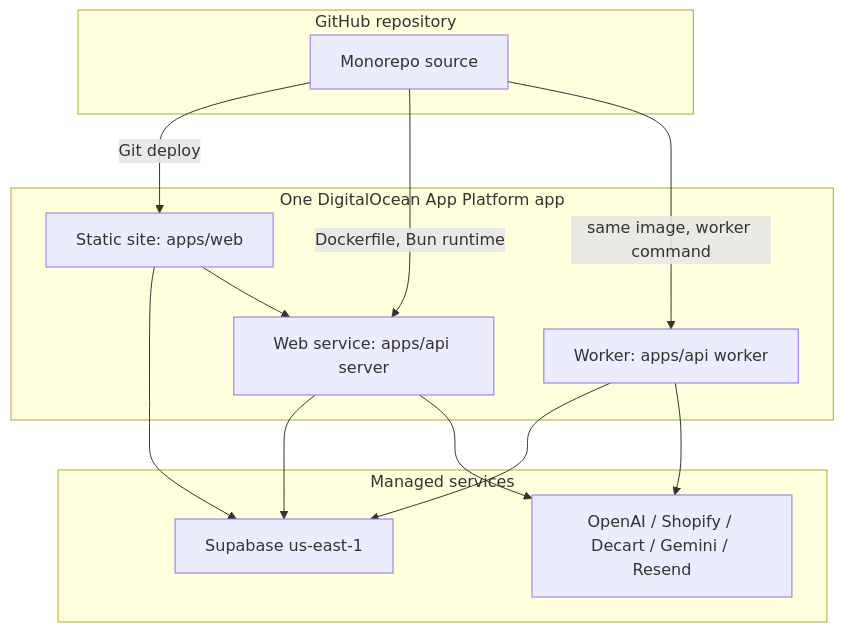
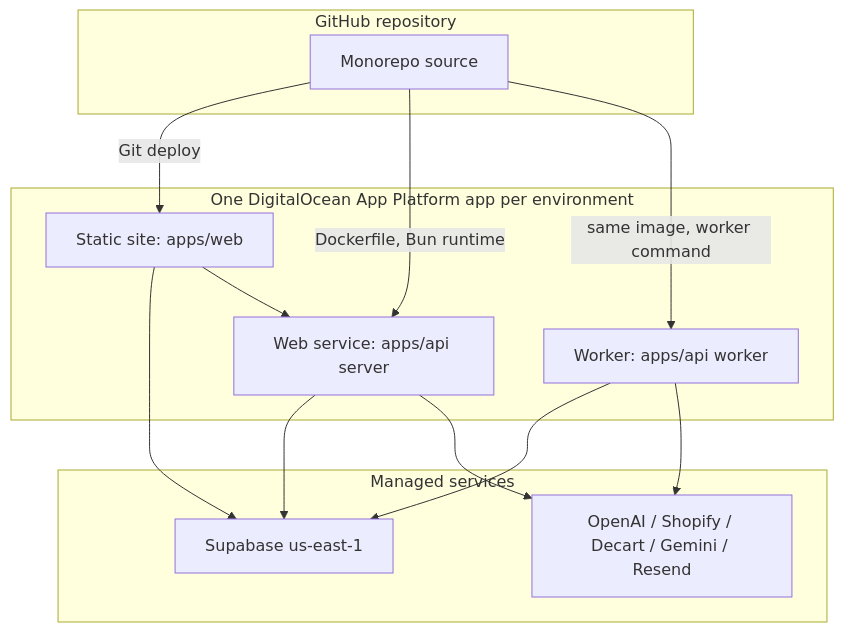
One commit to RobertTk1/Codex-Hackaton changed the second of 2 diagrams in company/artifacts/engineering-plan/architecture/topology.md. Above: the diagram before and after it, drawn with Mermaid. The commit also changed other lines of this file and 67 other files, not shown here.

````diff
--- a/company/artifacts/engineering-plan/architecture/topology.md
+++ b/company/artifacts/engineering-plan/architecture/topology.md
@@ -65,27 +65,27 @@
 ```mermaid
 flowchart TB
   subgraph REPO[GitHub repository]
     SRC[Monorepo source]
   end
 
-  subgraph APP[One DigitalOcean App Platform app]
+  subgraph APP[One DigitalOcean App Platform app per environment]
     STATIC[Static site: apps/web]
     SERVICE[Web service: apps/api server]
     BG[Worker: apps/api worker]
   end
 
   subgraph MANAGED[Managed services]
     SUPA[Supabase us-east-1]
     PROVIDERS[OpenAI / Shopify / Decart / Gemini / Resend]
   end
 
   SRC -->|Git deploy| STATIC
   SRC -->|Dockerfile, Bun runtime| SERVICE
   SRC -->|same image, worker command| BG
   STATIC --> SUPA
   STATIC --> SERVICE
   SERVICE --> SUPA
   SERVICE --> PROVIDERS
   BG --> SUPA
   BG --> PROVIDERS
 ```
````
